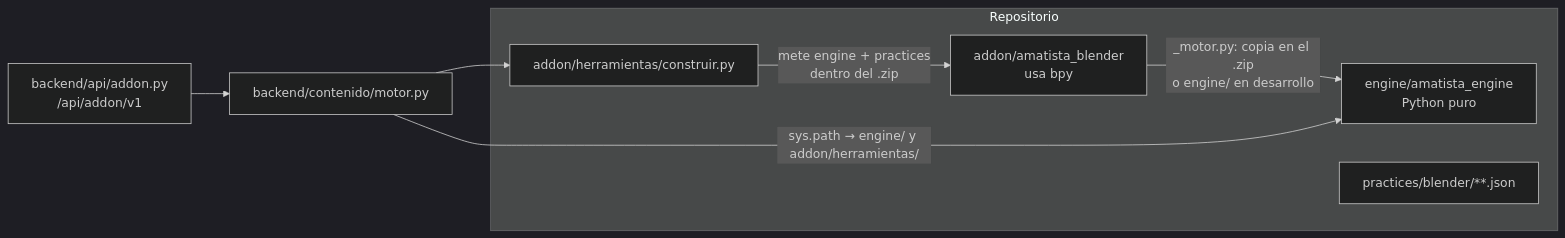
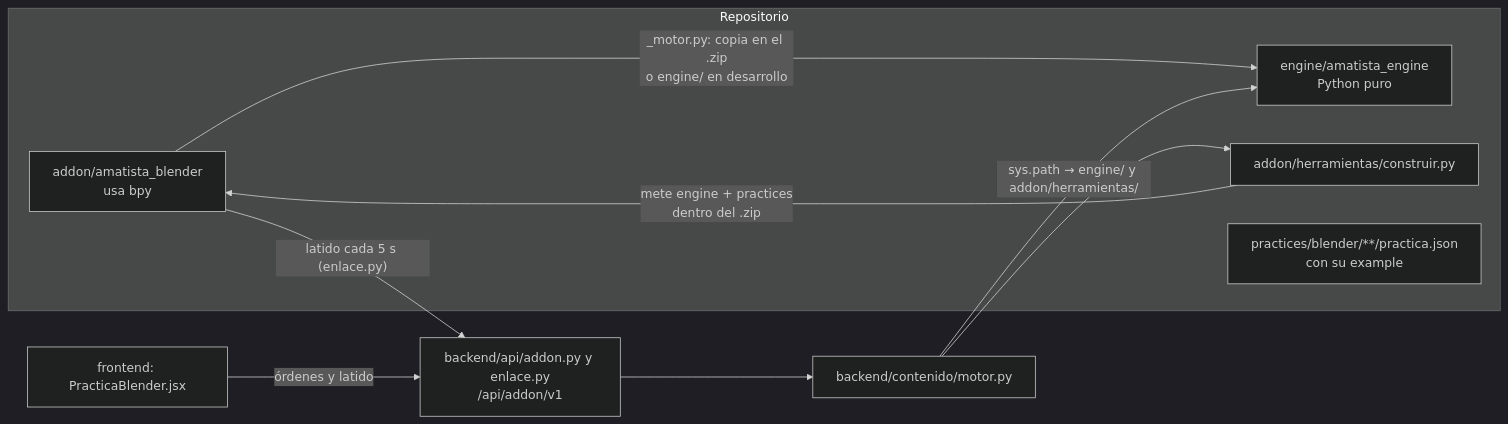
Before and after one commit to Maximiliano-cabello-mata/amatista: the first of 2 diagrams in docs/manual-del-codigo/04_motor_addon_y_practicas.md, drawn with Mermaid (dark theme). The commit also changed other lines of this file and 38 other files, not shown here.

````diff
--- a/docs/manual-del-codigo/04_motor_addon_y_practicas.md
+++ b/docs/manual-del-codigo/04_motor_addon_y_practicas.md
@@ -34,14 +37,16 @@
 ```mermaid
 flowchart LR
   subgraph repo[Repositorio]
     E[engine/amatista_engine<br/>Python puro]
     A[addon/amatista_blender<br/>usa bpy]
     C[addon/herramientas/construir.py]
-    P[practices/blender/**.json]
+    P[practices/blender/**/practica.json<br/>con su example]
   end
   A -- "_motor.py: copia en el .zip<br/>o engine/ en desarrollo" --> E
   C -- "mete engine + practices<br/>dentro del .zip" --> A
   B[backend/contenido/motor.py] -- "sys.path → engine/ y addon/herramientas/" --> E
   B --> C
-  API[backend/api/addon.py<br/>/api/addon/v1] --> B
+  API[backend/api/addon.py y enlace.py<br/>/api/addon/v1] --> B
+  PWA[frontend: PracticaBlender.jsx] -- "órdenes y latido" --> API
+  A -- "latido cada 5 s (enlace.py)" --> API
 ```
````
